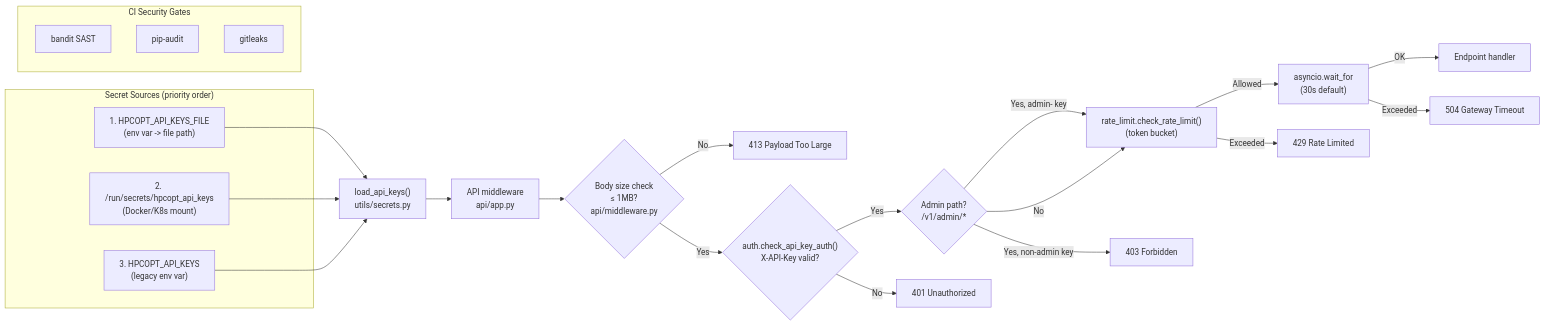
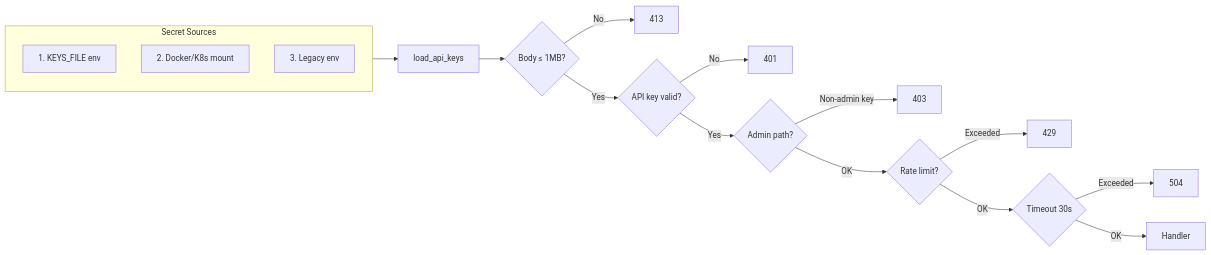
One commit to ErenAri/HCP-workload-optimizer changed the fifth of 8 diagrams in README.md. Above: the diagram before and after it, drawn with Mermaid. The commit also changed other lines of this file and 7 other files, not shown here.

````diff
--- a/README.md
+++ b/README.md
@@ -267,32 +236,19 @@
 ```mermaid
 flowchart LR
-  subgraph Sources["Secret Sources (priority order)"]
-    F1["1. HPCOPT_API_KEYS_FILE<br/>(env var -> file path)"]
-    F2["2. /run/secrets/hpcopt_api_keys<br/>(Docker/K8s mount)"]
-    F3["3. HPCOPT_API_KEYS<br/>(legacy env var)"]
+  subgraph Keys["Secret Sources"]
+    F1["1. KEYS_FILE env"] & F2["2. Docker/K8s mount"] & F3["3. Legacy env"]
   end
 
-  F1 --> LOAD["load_api_keys()<br/>utils/secrets.py"]
-  F2 --> LOAD
-  F3 --> LOAD
-
-  LOAD --> MW["API middleware<br/>api/app.py"]
-  MW --> BODY{"Body size check<br/>≤ 1MB?<br/>api/middleware.py"}
-  BODY -->|"No"| R413["413 Payload Too Large"]
-  BODY -->|"Yes"| AUTH{"auth.check_api_key_auth()<br/>X-API-Key valid?"}
-  AUTH -->|"Yes"| ADMIN{"Admin path?<br/>/v1/admin/*"}
-  AUTH -->|"No"| R401["401 Unauthorized"]
-  ADMIN -->|"Yes, admin- key"| RATE["rate_limit.check_rate_limit()<br/>(token bucket)"]
-  ADMIN -->|"Yes, non-admin key"| R403["403 Forbidden"]
-  ADMIN -->|"No"| RATE
-  RATE -->|"Allowed"| TIMEOUT["asyncio.wait_for<br/>(30s default)"]
-  TIMEOUT -->|"OK"| HANDLER["Endpoint handler"]
-  TIMEOUT -->|"Exceeded"| R504["504 Gateway Timeout"]
-  RATE -->|"Exceeded"| R429["429 Rate Limited"]
-
-  subgraph CI["CI Security Gates"]
-    BANDIT["bandit SAST"]
-    AUDIT2["pip-audit"]
-    GITLEAKS["gitleaks"]
-  end
+  Keys --> LOAD[load_api_keys]
+  LOAD --> BODY{Body ≤ 1MB?}
+  BODY -->|No| R413[413]
+  BODY -->|Yes| AUTH{API key valid?}
+  AUTH -->|No| R401[401]
+  AUTH -->|Yes| ADMIN{Admin path?}
+  ADMIN -->|Non-admin key| R403[403]
+  ADMIN -->|OK| RATE{Rate limit?}
+  RATE -->|Exceeded| R429[429]
+  RATE -->|OK| TIMEOUT{Timeout 30s}
+  TIMEOUT -->|Exceeded| R504[504]
+  TIMEOUT -->|OK| HANDLER[Handler]
 ```
````
